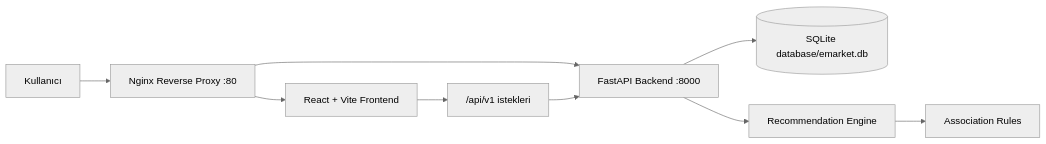
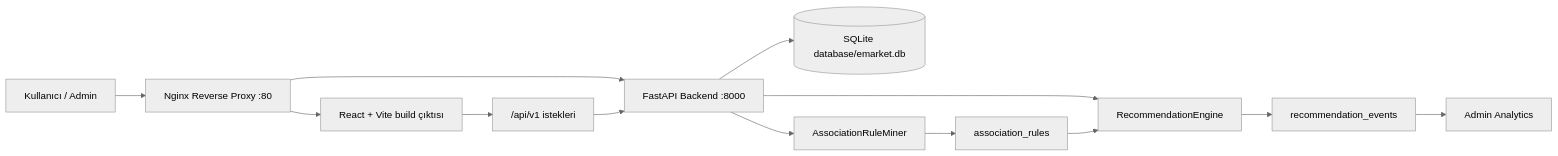
One commit to UmranAKKURT/emarket-smart-basket changed the first of 3 diagrams in README.md. Above: the diagram before and after it, drawn with Mermaid (neutral theme). The commit also changed other lines of this file and 9 other files, not shown here.

````diff
--- a/README.md
+++ b/README.md
@@ -90,11 +130,15 @@
 ```mermaid
 flowchart LR
-    User["Kullanıcı"] --> Nginx["Nginx Reverse Proxy :80"]
-    Nginx --> Frontend["React + Vite Frontend"]
+    User["Kullanıcı / Admin"] --> Nginx["Nginx Reverse Proxy :80"]
+    Nginx --> Frontend["React + Vite build çıktısı"]
     Nginx --> Backend["FastAPI Backend :8000"]
     Frontend --> API["/api/v1 istekleri"]
     API --> Backend
     Backend --> SQLite[("SQLite database/emarket.db")]
-    Backend --> Engine["Recommendation Engine"]
-    Engine --> Rules["Association Rules"]
+    Backend --> Miner["AssociationRuleMiner"]
+    Backend --> Engine["RecommendationEngine"]
+    Miner --> Rules["association_rules"]
+    Rules --> Engine
+    Engine --> Events["recommendation_events"]
+    Events --> Analytics["Admin Analytics"]
 ```
````
